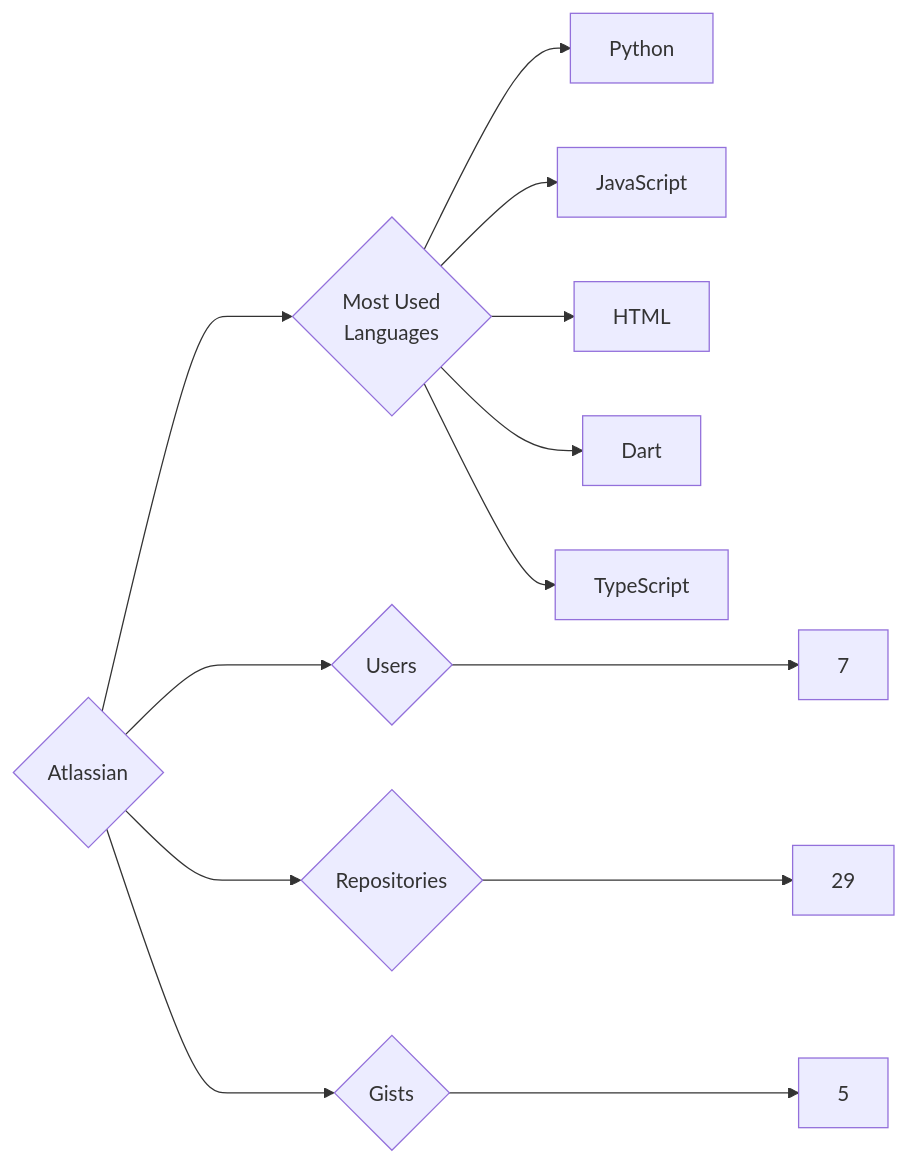
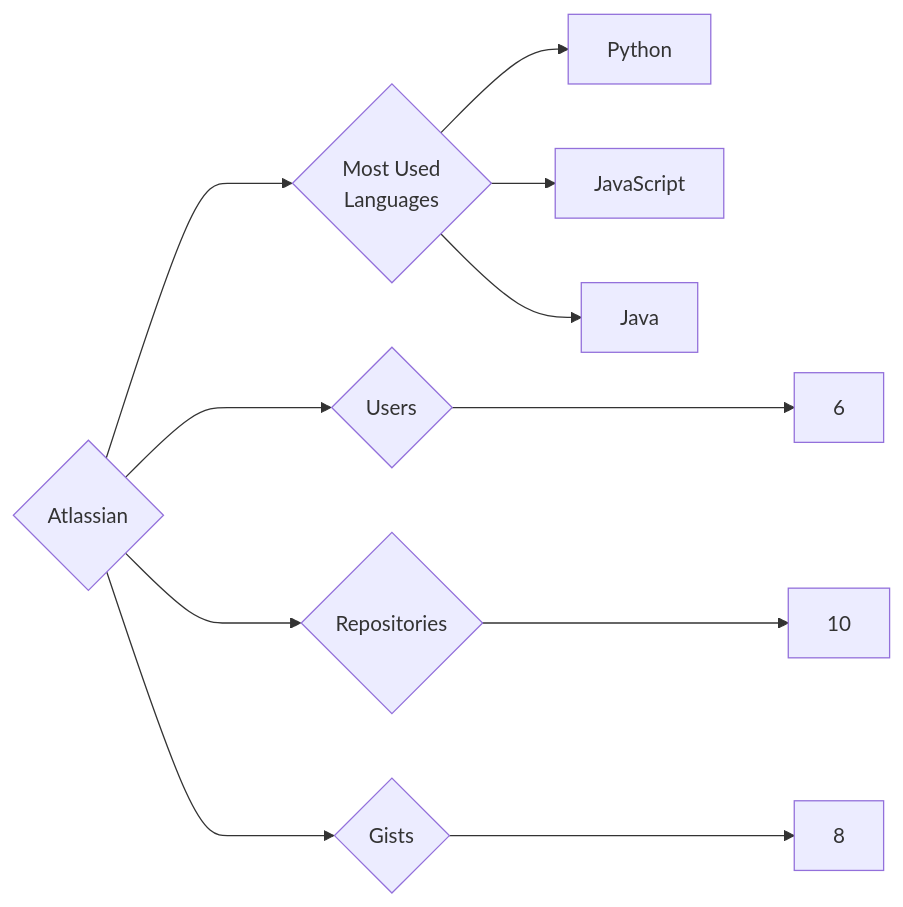
The diagram in targets/Atlassian/README.md (trickest/insiders), drawn with Mermaid before and after one commit. The commit also changed 611 other files, not shown here.

````diff
--- a/targets/Atlassian/README.md
+++ b/targets/Atlassian/README.md
@@ -3,13 +3,11 @@
 ```mermaid
 graph LR
 COMPANY_NAME{Atlassian}
-COMPANY_NAME ---> U{Users} ---> UN[7]
-COMPANY_NAME ---> R{Repositories} ---> RN[29]
-COMPANY_NAME ---> G{Gists} ---> GN[5]
+COMPANY_NAME ---> U{Users} ---> UN[6]
+COMPANY_NAME ---> R{Repositories} ---> RN[10]
+COMPANY_NAME ---> G{Gists} ---> GN[8]
 COMPANY_NAME ---> ML{Most Used<br>Languages}
 ML --> Python[Python]
 ML --> JavaScript[JavaScript]
-ML --> HTML[HTML]
-ML --> Dart[Dart]
-ML --> TypeScript[TypeScript]
+ML --> Java[Java]
 ```
````
